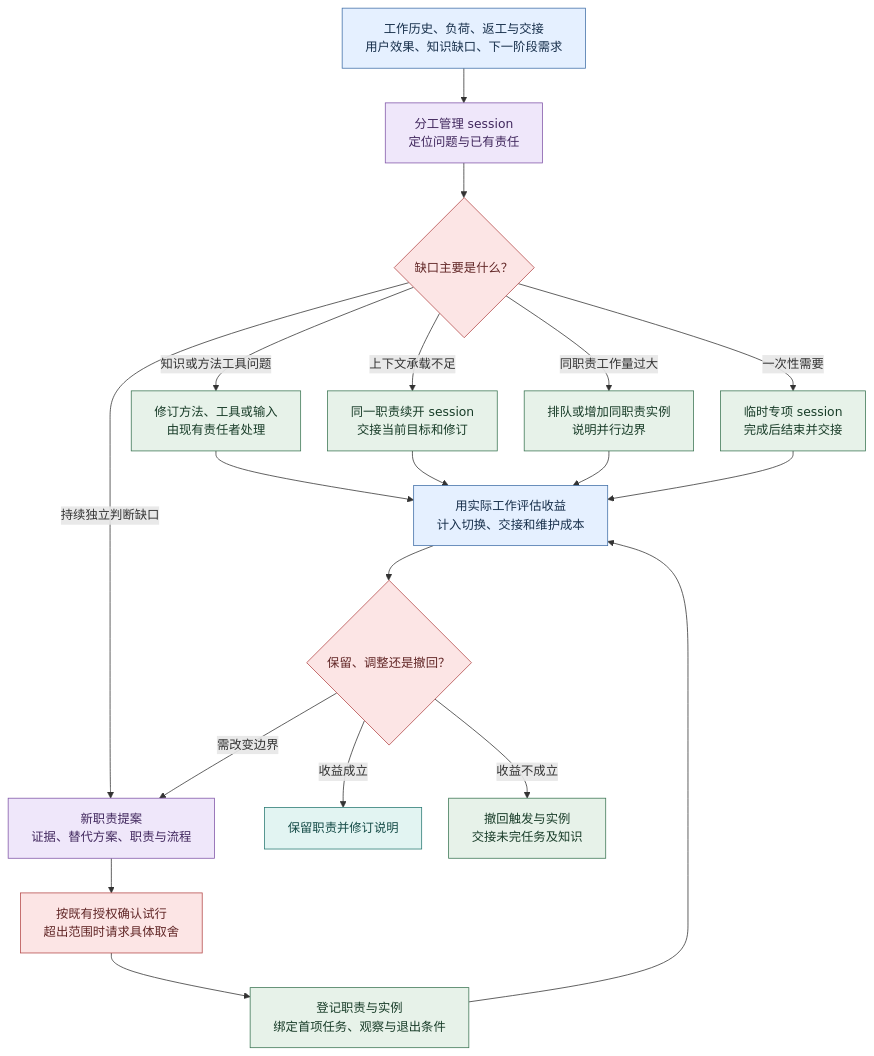
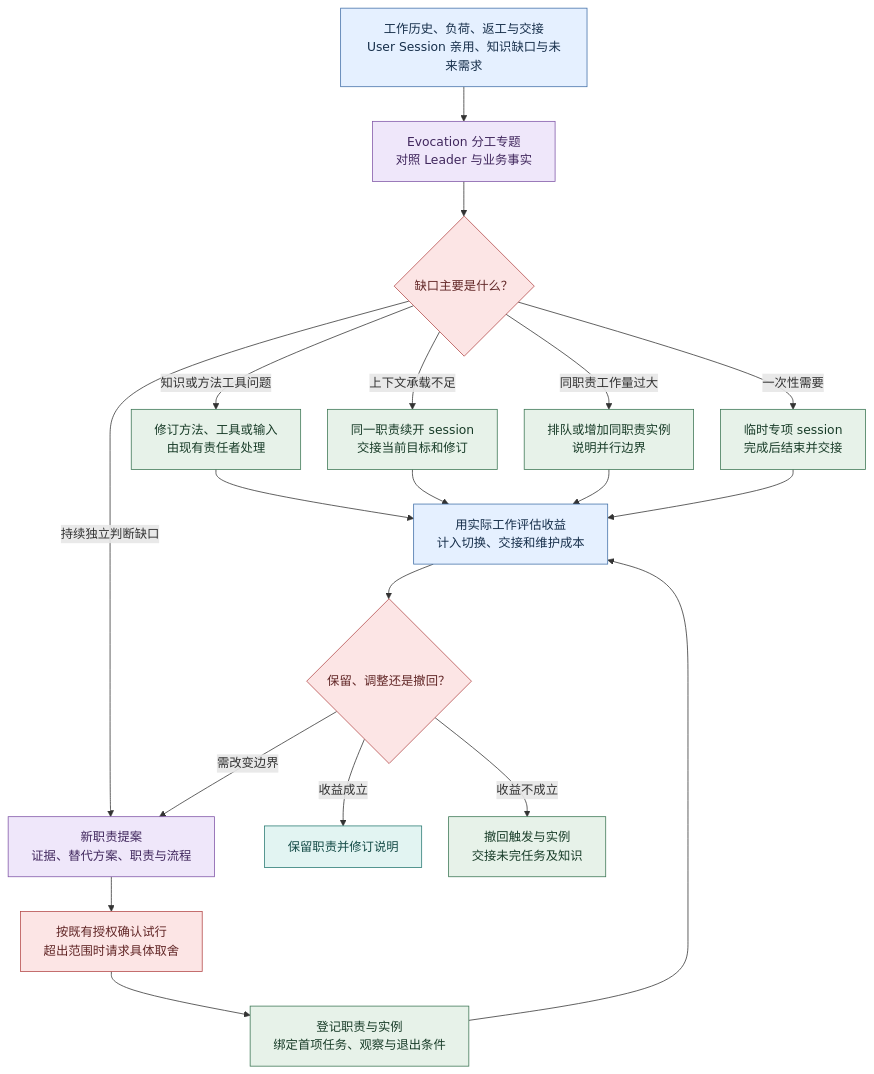
The second of 3 diagrams in docs/product/agent-loop.md (cyl19970726/evoLoop), drawn with Mermaid before and after one commit. The commit also changed other lines of this file and 27 other files, not shown here.

````diff
--- a/docs/product/agent-loop.md
+++ b/docs/product/agent-loop.md
@@ -74,27 +74,27 @@
 ```mermaid
 %%{init: {"flowchart":{"wrappingWidth":260,"nodeSpacing":35,"rankSpacing":45}}}%%
 flowchart TB
-  E["工作历史、负荷、返工与交接<br/>用户效果、知识缺口、下一阶段需求"]:::evidence --> M["分工管理 session<br/>定位问题与已有责任"]:::cognition
+  E["工作历史、负荷、返工与交接<br/>User Session 亲用、知识缺口与未来需求"]:::evidence --> M["Evocation 分工专题<br/>对照 Leader 与业务事实"]:::cognition
   M --> Q{"缺口主要是什么？"}:::decision
   Q -->|知识或方法工具问题| F["修订方法、工具或输入<br/>由现有责任者处理"]:::action
   Q -->|上下文承载不足| N["同一职责续开 session<br/>交接当前目标和修订"]:::action
   Q -->|同职责工作量过大| I["排队或增加同职责实例<br/>说明并行边界"]:::action
   Q -->|一次性需要| O["临时专项 session<br/>完成后结束并交接"]:::action
   Q -->|持续独立判断缺口| P["新职责提案<br/>证据、替代方案、职责与流程"]:::cognition
   P --> A["按既有授权确认试行<br/>超出范围时请求具体取舍"]:::decision
   A --> T["登记职责与实例<br/>绑定首项任务、观察与退出条件"]:::action
   T --> R["用实际工作评估收益<br/>计入切换、交接和维护成本"]:::evidence
   R --> C{"保留、调整还是撤回？"}:::decision
   C -->|收益成立| K["保留职责并修订说明"]:::knowledge
   C -->|需改变边界| P
   C -->|收益不成立| X["撤回触发与实例<br/>交接未完任务及知识"]:::action
   F --> R
   N --> R
   I --> R
   O --> R
   classDef evidence fill:#E5F0FF,stroke:#4270A8,color:#172F4B
   classDef cognition fill:#EFE7FA,stroke:#8056A8,color:#40275D
   classDef action fill:#E7F2E9,stroke:#3C7654,color:#183C28
   classDef decision fill:#FCE5E5,stroke:#B44949,color:#612626
   classDef knowledge fill:#E2F4F2,stroke:#297A73,color:#154B47
 ```
````
